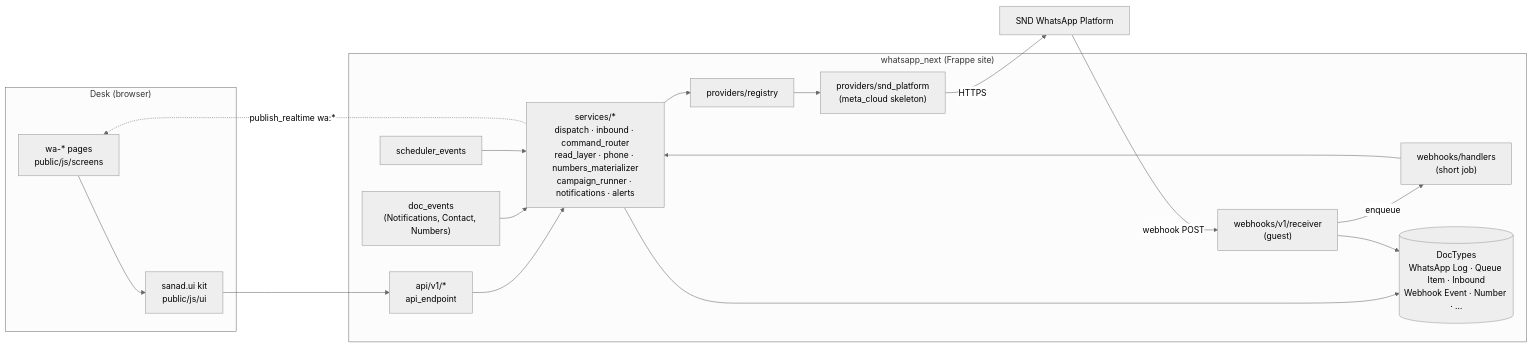
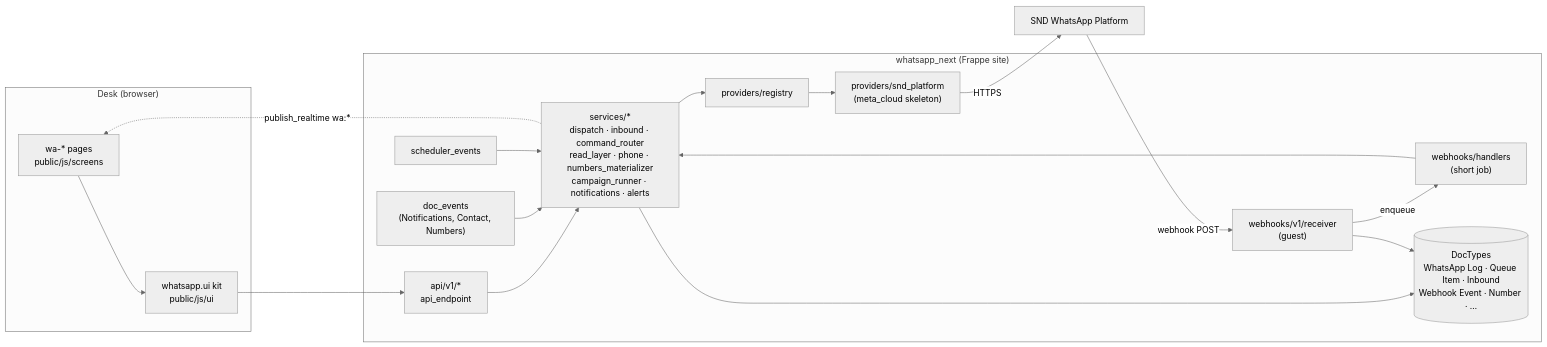
One commit to SANAD-Digital/whatsapp_next changed the first of 3 diagrams in developer-docs/architecture.md. Above: the diagram before and after it, drawn with Mermaid (neutral theme). The commit also changed other lines of this file and 278 other files, not shown here.

````diff
--- a/developer-docs/architecture.md
+++ b/developer-docs/architecture.md
@@ -24,28 +24,28 @@
 ```mermaid
 flowchart LR
   subgraph Desk["Desk (browser)"]
     Pages["wa-* pages<br/>public/js/screens"]
-    Kit["sanad.ui kit<br/>public/js/ui"]
+    Kit["whatsapp.ui kit<br/>public/js/ui"]
   end
   subgraph App["whatsapp_next (Frappe site)"]
     API["api/v1/*<br/>api_endpoint"]
     Hooks["doc_events<br/>(Notifications, Contact, Numbers)"]
     Services["services/*<br/>dispatch · inbound · command_router<br/>read_layer · phone · numbers_materializer<br/>campaign_runner · notifications · alerts"]
     Registry["providers/registry"]
     Provider["providers/snd_platform<br/>(meta_cloud skeleton)"]
     Receiver["webhooks/v1/receiver<br/>(guest)"]
     Handlers["webhooks/handlers<br/>(short job)"]
     Sched["scheduler_events"]
     DB[("DocTypes<br/>WhatsApp Log · Queue Item · Inbound<br/>Webhook Event · Number · …")]
   end
   Platform["SND WhatsApp Platform"]
 
   Pages --> Kit --> API --> Services
   Hooks --> Services
   Sched --> Services
   Services --> DB
   Services --> Registry --> Provider -->|HTTPS| Platform
   Platform -->|webhook POST| Receiver --> DB
   Receiver -->|enqueue| Handlers --> Services
   Services -. publish_realtime wa:* .-> Pages
 ```
````
